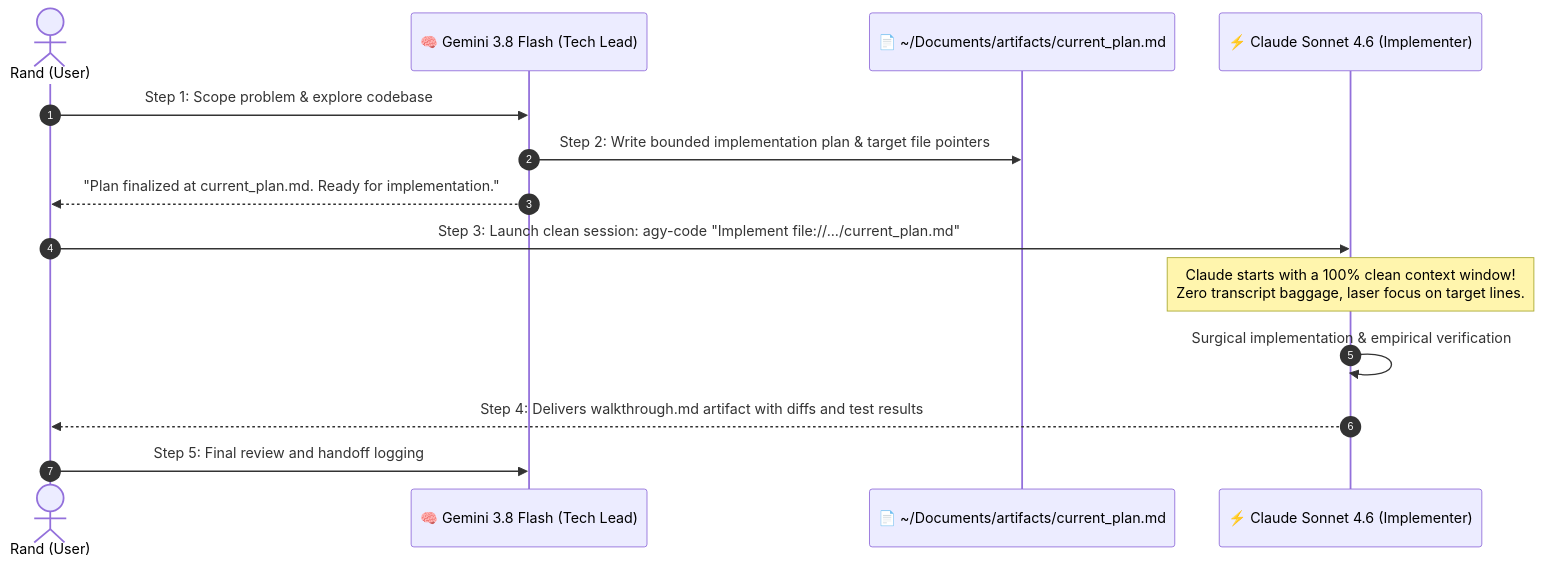
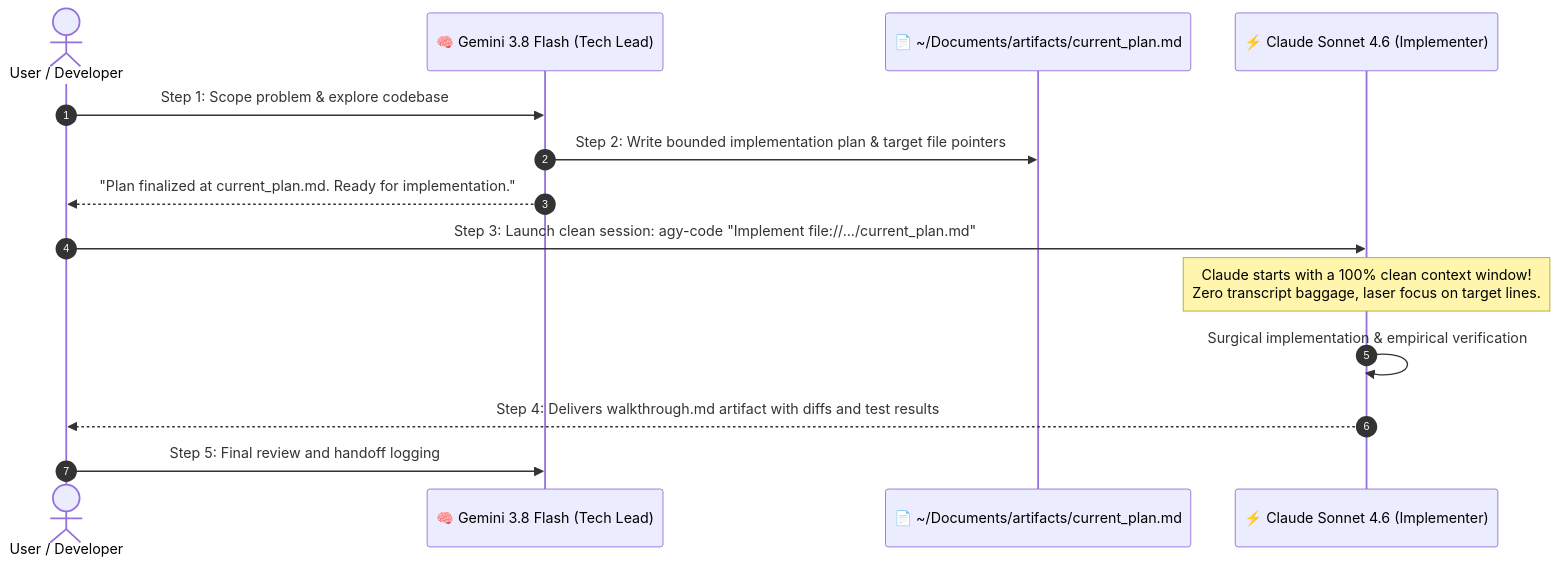
Before and after one commit to oomaya/dwm-oomaya: the second of 2 diagrams in docs/runbooks/antigravity_suite_and_model_synergy_guide.md, drawn with Mermaid. The commit also changed other lines of this file, not shown here.

````diff
--- a/docs/runbooks/antigravity_suite_and_model_synergy_guide.md
+++ b/docs/runbooks/antigravity_suite_and_model_synergy_guide.md
@@ -45,19 +45,19 @@
 ```mermaid
 sequenceDiagram
     autonumber
-    actor User as Rand (User)
+    actor User as User / Developer
     participant Architect as 🧠 Gemini 3.8 Flash (Tech Lead)
     participant File as 📄 ~/Documents/artifacts/current_plan.md
     participant Implementer as ⚡ Claude Sonnet 4.6 (Implementer)
 
     User->>Architect: Step 1: Scope problem & explore codebase
     Architect->>File: Step 2: Write bounded implementation plan & target file pointers
     Architect-->>User: "Plan finalized at current_plan.md. Ready for implementation."
     
     User->>Implementer: Step 3: Launch clean session: agy-code "Implement file://.../current_plan.md"
     Note over Implementer: Claude starts with a 100% clean context window!<br>Zero transcript baggage, laser focus on target lines.
     Implementer->>Implementer: Surgical implementation & empirical verification
     Implementer-->>User: Step 4: Delivers walkthrough.md artifact with diffs and test results
     
     User->>Architect: Step 5: Final review and handoff logging
 ```
````
